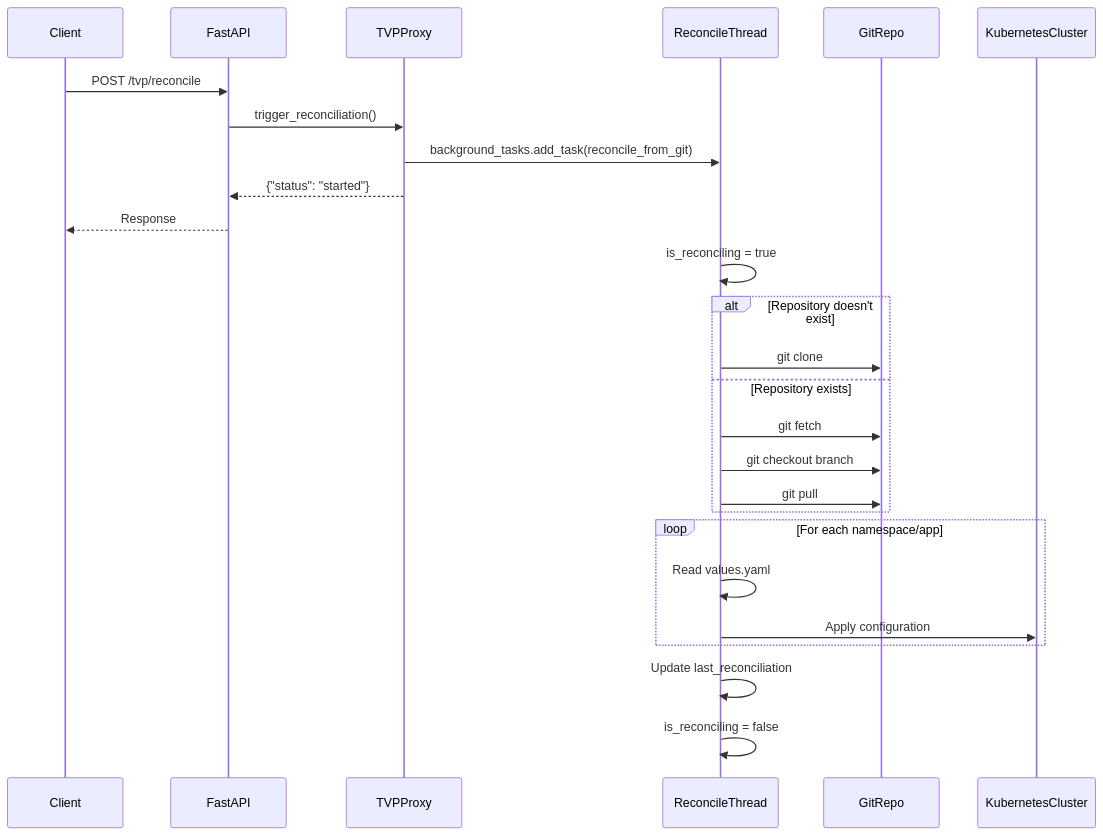
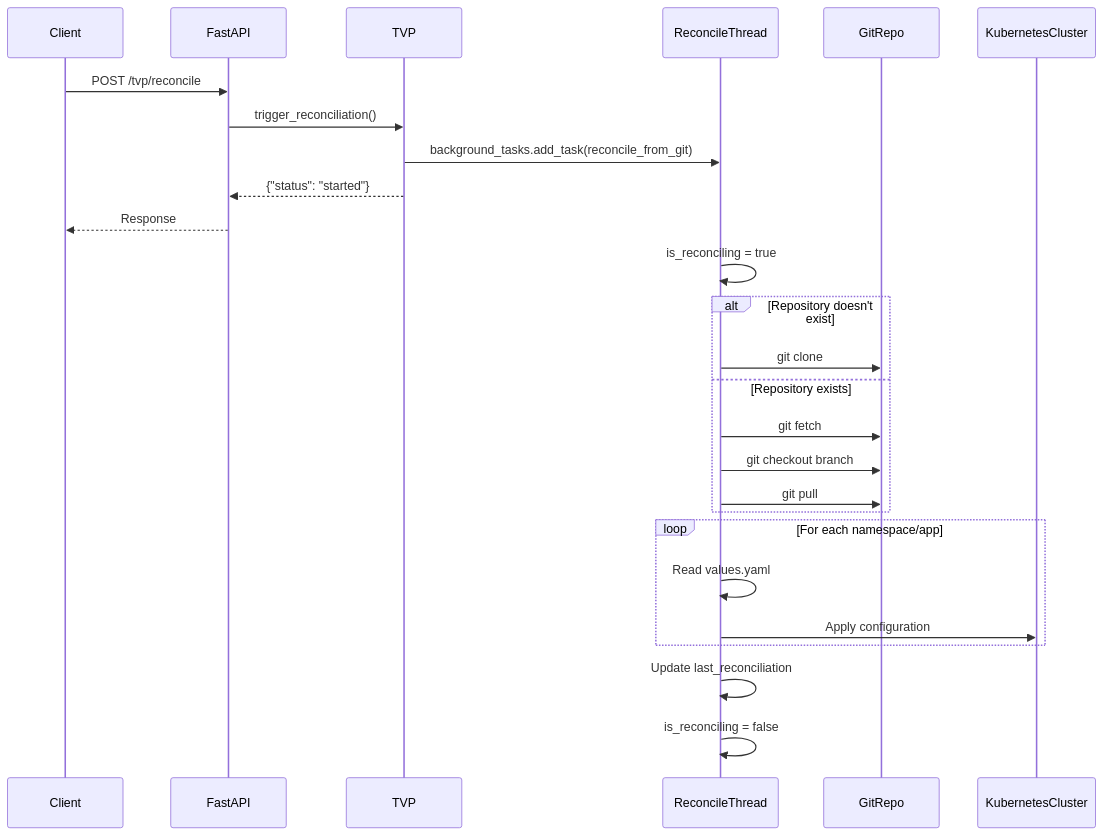
Before and after one commit to lloydchang/tvp-k8s: the fifth of 9 diagrams in README.md, drawn with Mermaid. The commit also changed other lines of this file and 2 other files, not shown here.

````diff
--- a/README.md
+++ b/README.md
@@ -273,34 +273,34 @@
 ```mermaid
 sequenceDiagram
     participant Client
     participant FastAPI
-    participant TVPProxy
+    participant TVP
     participant ReconcileThread
     participant GitRepo
     participant KubernetesCluster
     
     Client->>FastAPI: POST /tvp/reconcile
-    FastAPI->>TVPProxy: trigger_reconciliation()
-    TVPProxy->>ReconcileThread: background_tasks.add_task(reconcile_from_git)
-    TVPProxy-->>FastAPI: {"status": "started"}
+    FastAPI->>TVP: trigger_reconciliation()
+    TVP->>ReconcileThread: background_tasks.add_task(reconcile_from_git)
+    TVP-->>FastAPI: {"status": "started"}
     FastAPI-->>Client: Response
     
     ReconcileThread->>ReconcileThread: is_reconciling = true
     
     alt Repository doesn't exist
         ReconcileThread->>GitRepo: git clone
     else Repository exists
         ReconcileThread->>GitRepo: git fetch
         ReconcileThread->>GitRepo: git checkout branch
         ReconcileThread->>GitRepo: git pull
     end
     
     loop For each namespace/app
         ReconcileThread->>ReconcileThread: Read values.yaml
         ReconcileThread->>KubernetesCluster: Apply configuration
     end
     
     ReconcileThread->>ReconcileThread: Update last_reconciliation
     ReconcileThread->>ReconcileThread: is_reconciling = false
 
 ```
````
